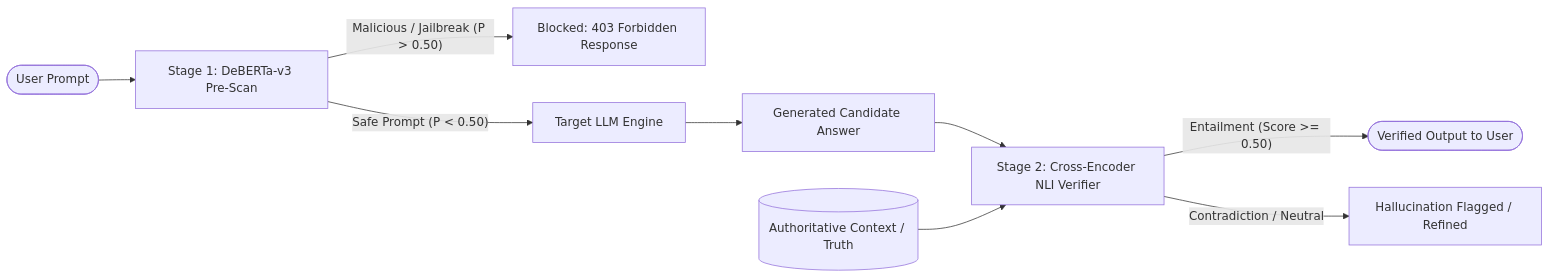
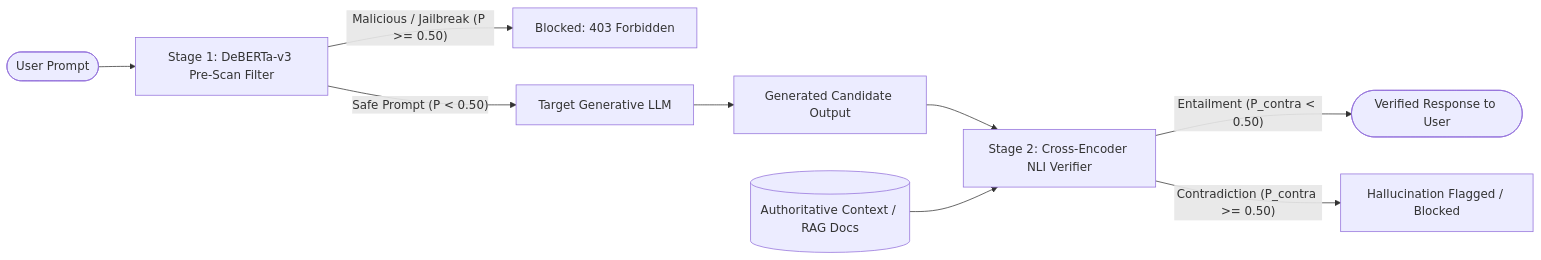
Before and after one commit to Shourya3113/GuardShield-AI: the diagram in README.md, drawn with Mermaid. The commit also changed other lines of this file and 57 other files, not shown here.

````diff
--- a/README.md
+++ b/README.md
@@ -24,11 +24,11 @@
 ```mermaid
 graph LR
-    User([User Prompt]) --> PreScan[Stage 1: DeBERTa-v3 Pre-Scan]
-    PreScan -- "Malicious / Jailbreak (P > 0.50)" --> Block[Blocked: 403 Forbidden Response]
-    PreScan -- "Safe Prompt (P < 0.50)" --> LLM[Target LLM Engine]
-    LLM --> Candidate[Generated Candidate Answer]
+    User([User Prompt]) --> PreScan[Stage 1: DeBERTa-v3 Pre-Scan Filter]
+    PreScan -- "Malicious / Jailbreak (P >= 0.50)" --> Block[Blocked: 403 Forbidden]
+    PreScan -- "Safe Prompt (P < 0.50)" --> LLM[Target Generative LLM]
+    LLM --> Candidate[Generated Candidate Output]
     Candidate --> Stage2[Stage 2: Cross-Encoder NLI Verifier]
-    Context[(Authoritative Context / Truth)] --> Stage2
-    Stage2 -- "Entailment (Score >= 0.50)" --> Output([Verified Output to User])
-    Stage2 -- "Contradiction / Neutral" --> Flag[Hallucination Flagged / Refined]
+    Context[(Authoritative Context / RAG Docs)] --> Stage2
+    Stage2 -- "Entailment (P_contra < 0.50)" --> Output([Verified Response to User])
+    Stage2 -- "Contradiction (P_contra >= 0.50)" --> Flag[Hallucination Flagged / Blocked]
 ```
````
